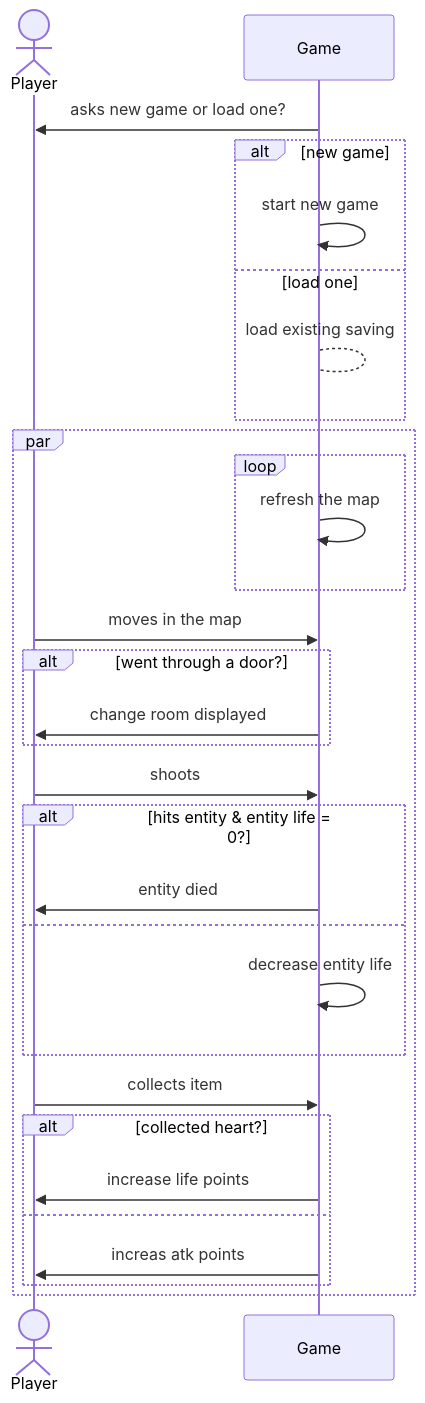
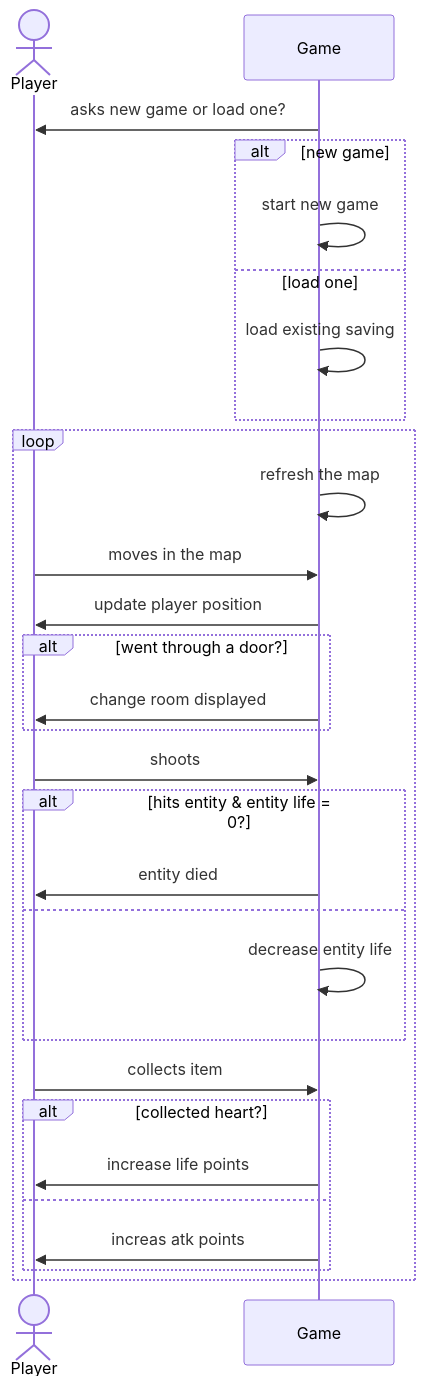
Before and after one commit to Rimaro03/docs-exam-slayer: the first of 2 diagrams in docs/design/sequence_diagrams.md, drawn with Mermaid. The commit also changed other lines of this file and 2 other files, not shown here.

Commit message:
finished movement sequence diagram

````diff
--- a/docs/design/sequence_diagrams.md
+++ b/docs/design/sequence_diagrams.md
@@ -4,31 +4,30 @@
 ``` mermaid
 sequenceDiagram
   Actor Player
   Game ->> Player: asks new game or load one?
   alt new game
     Game ->> Game: start new game
   else load one
-    Game --> Game: load existing saving
+    Game ->> Game: load existing saving
   end
-  par  
-    loop
-      Game->>Game: refresh the map
-    end
+  loop  
+    Game->>Game: refresh the map
     Player ->> Game: moves in the map
+    Game ->> Player: update player position
     alt went through a door?
       Game->>Player: change room displayed
     end
     Player ->> Game: shoots
     alt hits entity & entity life = 0?
       Game ->> Player: entity died
     else
       Game ->> Game: decrease entity life
     end
     Player ->> Game: collects item
     alt collected heart?
       Game ->> Player: increase life points
     else
       Game ->> Player: increas atk points
     end
   end
 ```
````
